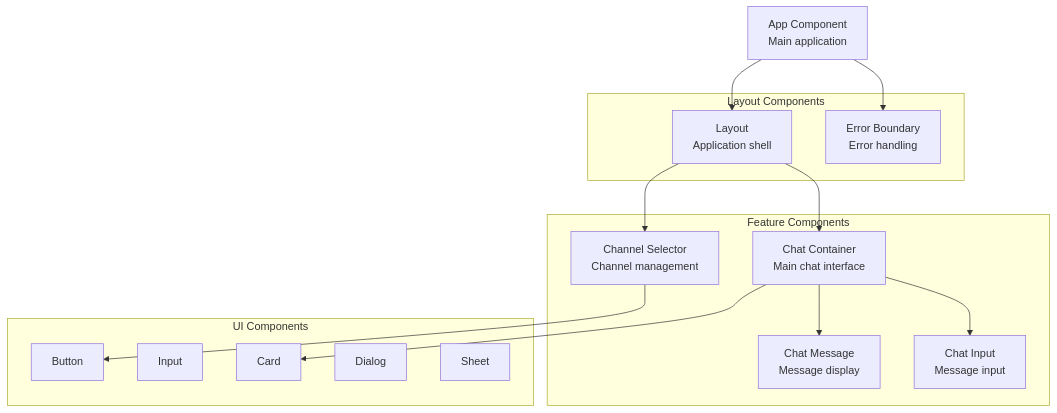
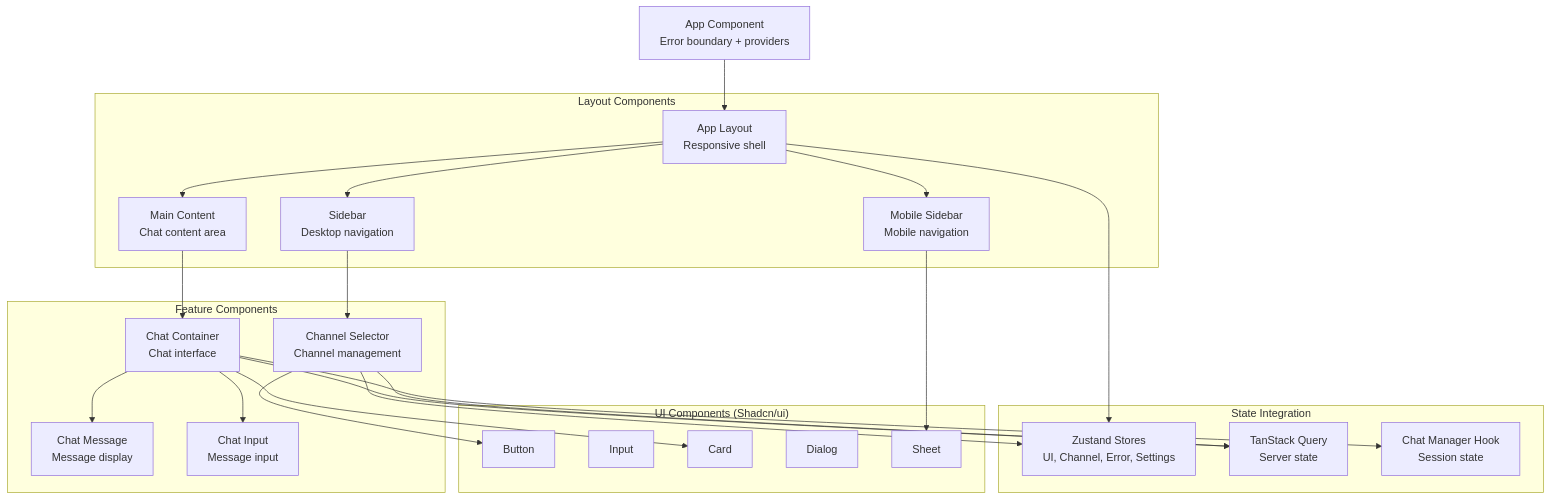
One commit to hechtcarmel/slack-knowledge-agent changed the eighth of 11 diagrams in docs/ARCHITECTURE.md. Above: the diagram before and after it, drawn with Mermaid. The commit also changed other lines of this file and 7 other files, not shown here.

First line of the commit message:
feat(frontend): enhance architecture documentation and state management overview

````diff
--- a/docs/ARCHITECTURE.md
+++ b/docs/ARCHITECTURE.md
@@ -439,33 +439,51 @@
 ```mermaid
 graph TB
-    App[App Component<br/>Main application]
+    App[App Component<br/>Error boundary + providers]
     
     subgraph "Layout Components"
-        Layout[Layout<br/>Application shell]
-        ErrorBoundary[Error Boundary<br/>Error handling]
+        AppLayout[App Layout<br/>Responsive shell]
+        Sidebar[Sidebar<br/>Desktop navigation]
+        MobileSidebar[Mobile Sidebar<br/>Mobile navigation]
+        MainContent[Main Content<br/>Chat content area]
     end
     
     subgraph "Feature Components"
-        ChatContainer[Chat Container<br/>Main chat interface]
+        ChatContainer[Chat Container<br/>Chat interface]
         ChannelSelector[Channel Selector<br/>Channel management]
         ChatMessage[Chat Message<br/>Message display]
         ChatInput[Chat Input<br/>Message input]
     end
     
-    subgraph "UI Components"
+    subgraph "State Integration"
+        ZustandStores[Zustand Stores<br/>UI, Channel, Error, Settings]
+        TanStackQuery[TanStack Query<br/>Server state]
+        ChatManager[Chat Manager Hook<br/>Session state]
+    end
+    
+    subgraph "UI Components (Shadcn/ui)"
         Button[Button]
         Input[Input]
         Card[Card]
         Dialog[Dialog]
         Sheet[Sheet]
     end
     
-    App --> Layout
-    App --> ErrorBoundary
-    Layout --> ChatContainer
-    Layout --> ChannelSelector
+    App --> AppLayout
+    AppLayout --> Sidebar
+    AppLayout --> MobileSidebar
+    AppLayout --> MainContent
+    MainContent --> ChatContainer
+    Sidebar --> ChannelSelector
     ChatContainer --> ChatMessage
     ChatContainer --> ChatInput
+    
+    AppLayout --> ZustandStores
+    ChannelSelector --> ZustandStores
+    ChatContainer --> ChatManager
+    ChatContainer --> TanStackQuery
+    ChannelSelector --> TanStackQuery
+    
     ChannelSelector --> Button
     ChatContainer --> Card
+    MobileSidebar --> Sheet
 ```
````
